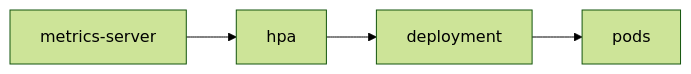
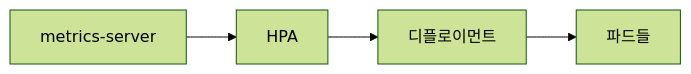
One commit to yeongseon-books/book-content changed the diagram in content/kubernetes-101/ko/08-hpa.md. Above: the diagram before and after it, drawn with Mermaid (forest theme). The commit also changed other lines of this file and 4 other files, not shown here.

````diff
--- a/content/kubernetes-101/ko/08-hpa.md
+++ b/content/kubernetes-101/ko/08-hpa.md
@@ -33,6 +49,6 @@
 ```mermaid
 flowchart LR
-    Metrics["metrics-server"] --> HPA["hpa"]
-    HPA --> Dep["deployment"]
-    Dep --> Pods["pods"]
+    Metrics["metrics-server"] --> HPA["HPA"]
+    HPA --> Dep["디플로이먼트"]
+    Dep --> Pods["파드들"]
 ```
````
